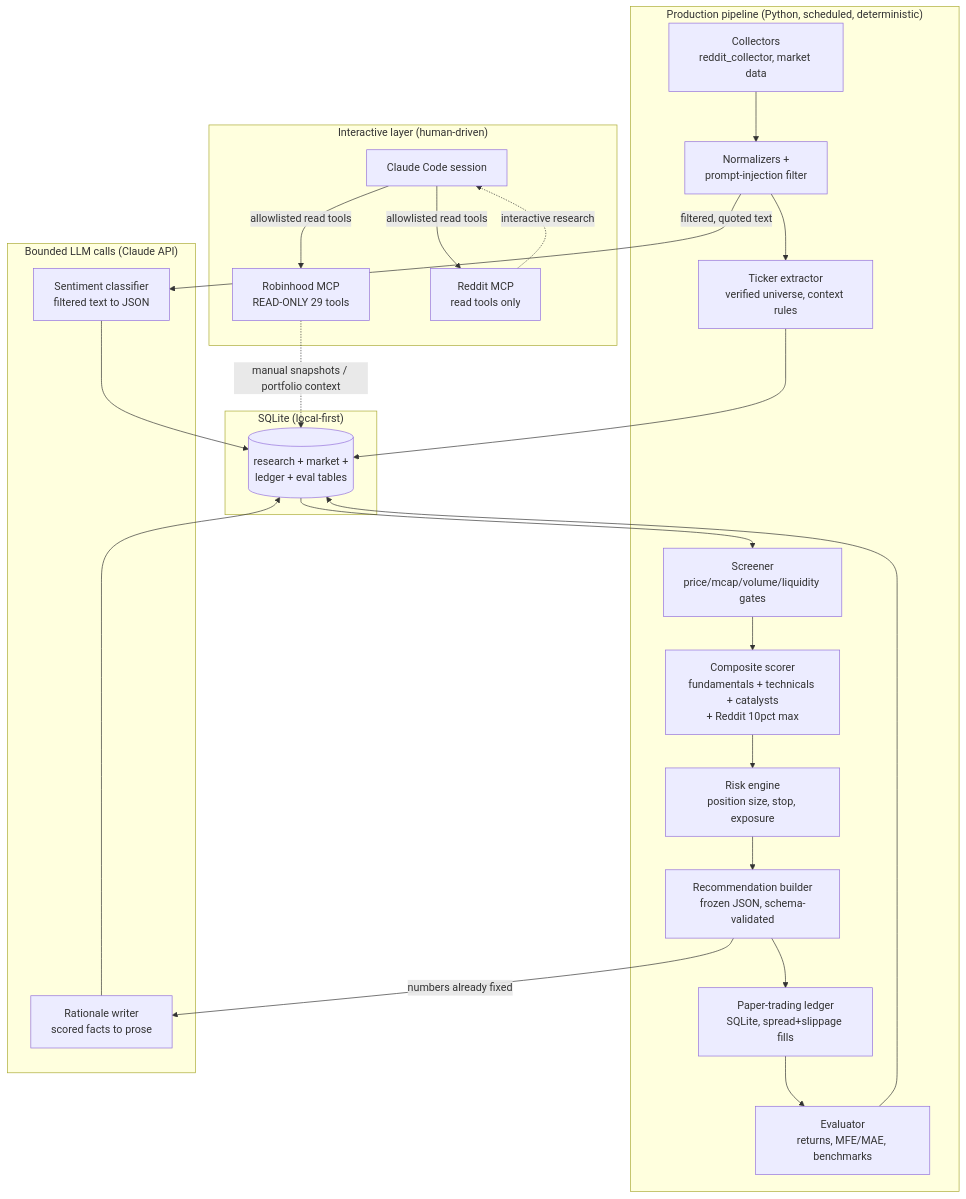
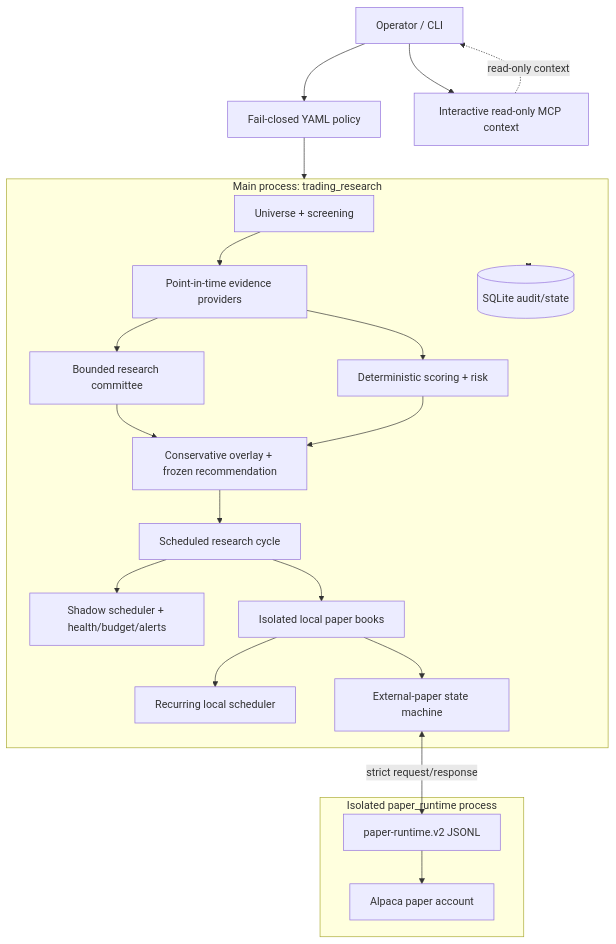
Before and after one commit to jijoece/ai_stock_trading: the diagram in README.md, drawn with Mermaid. The commit also changed other lines of this file and 43 other files, not shown here.

````diff
--- a/README.md
+++ b/README.md
@@ -49,38 +171,34 @@
 ```mermaid
-flowchart TB
-    subgraph Interactive["Interactive layer (human-driven)"]
-        CC[Claude Code session]
-        RH_MCP[Robinhood MCP<br/>READ-ONLY 29 tools]
-        RD_MCP[Reddit MCP<br/>read tools only]
-        CC -->|allowlisted read tools| RH_MCP
-        CC -->|allowlisted read tools| RD_MCP
+flowchart TD
+    OP[Operator / CLI] --> CFG[Fail-closed YAML policy]
+    OP --> MCP[Interactive read-only MCP context]
+
+    subgraph MAIN[Main process: trading_research]
+        UNIV[Universe + screening]
+        EVID[Point-in-time evidence providers]
+        SCORE[Deterministic scoring + risk]
+        LLM[Bounded research committee]
+        OVER[Conservative overlay + frozen recommendation]
+        CYCLE[Scheduled research cycle]
+        SHADOW[Shadow scheduler + health/budget/alerts]
+        BOOKS[Isolated local paper books]
+        RECUR[Recurring local scheduler]
+        EXT[External-paper state machine]
+        DB[(SQLite audit/state)]
     end
 
-    subgraph Production["Production pipeline (Python, scheduled, deterministic)"]
-        COLL[Collectors<br/>reddit_collector, market data]
-        NORM[Normalizers +<br/>prompt-injection filter]
-        TICK[Ticker extractor<br/>verified universe, context rules]
-        SCREEN[Screener<br/>price/mcap/volume/liquidity gates]
-        SCORE[Composite scorer<br/>fundamentals + technicals + catalysts<br/>+ Reddit 10pct max]
-        RISK[Risk engine<br/>position size, stop, exposure]
-        REC[Recommendation builder<br/>frozen JSON, schema-validated]
-        LEDGER[Paper-trading ledger<br/>SQLite, spread+slippage fills]
-        EVAL[Evaluator<br/>returns, MFE/MAE, benchmarks]
+    subgraph RUNTIME[Isolated paper_runtime process]
+        PROTO[paper-runtime.v2 JSONL]
+        ALPACA[Alpaca paper account]
     end
 
-    subgraph LLM["Bounded LLM calls (Claude API)"]
-        SENT[Sentiment classifier<br/>filtered text to JSON]
-        RATL[Rationale writer<br/>scored facts to prose]
-    end
-
-    subgraph Storage["SQLite (local-first)"]
-        DB[(research + market +<br/>ledger + eval tables)]
-    end
-
-    COLL --> NORM --> TICK --> DB
-    DB --> SCREEN --> SCORE --> RISK --> REC --> LEDGER --> EVAL --> DB
-    NORM -->|filtered, quoted text| SENT --> DB
-    REC -->|numbers already fixed| RATL --> DB
-    RH_MCP -.->|manual snapshots / portfolio context| DB
-    RD_MCP -.->|interactive research| CC
+    UNIV --> EVID --> SCORE
+    EVID --> LLM --> OVER
+    SCORE --> OVER --> CYCLE --> SHADOW
+    CYCLE --> BOOKS --> RECUR
+    BOOKS --> EXT
+    EXT <-->|strict request/response| PROTO --> ALPACA
+    MAIN <--> DB
+    CFG --> MAIN
+    MCP -. read-only context .-> OP
 ```
````
